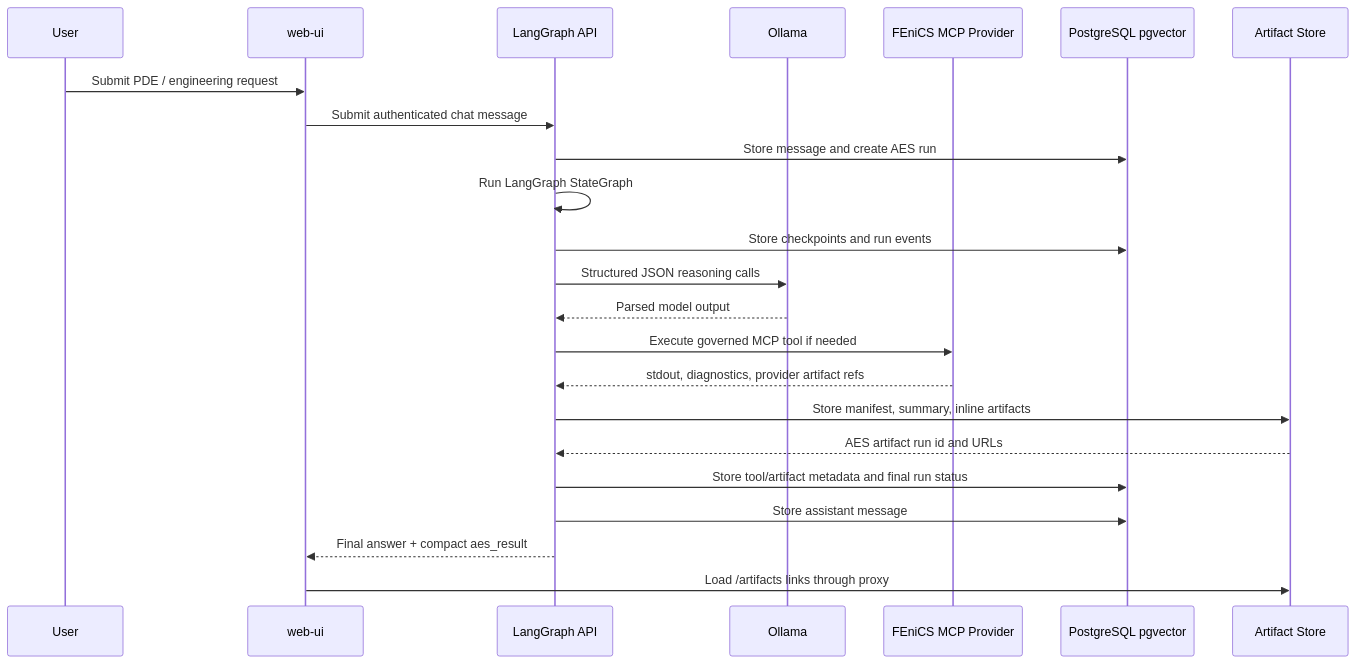
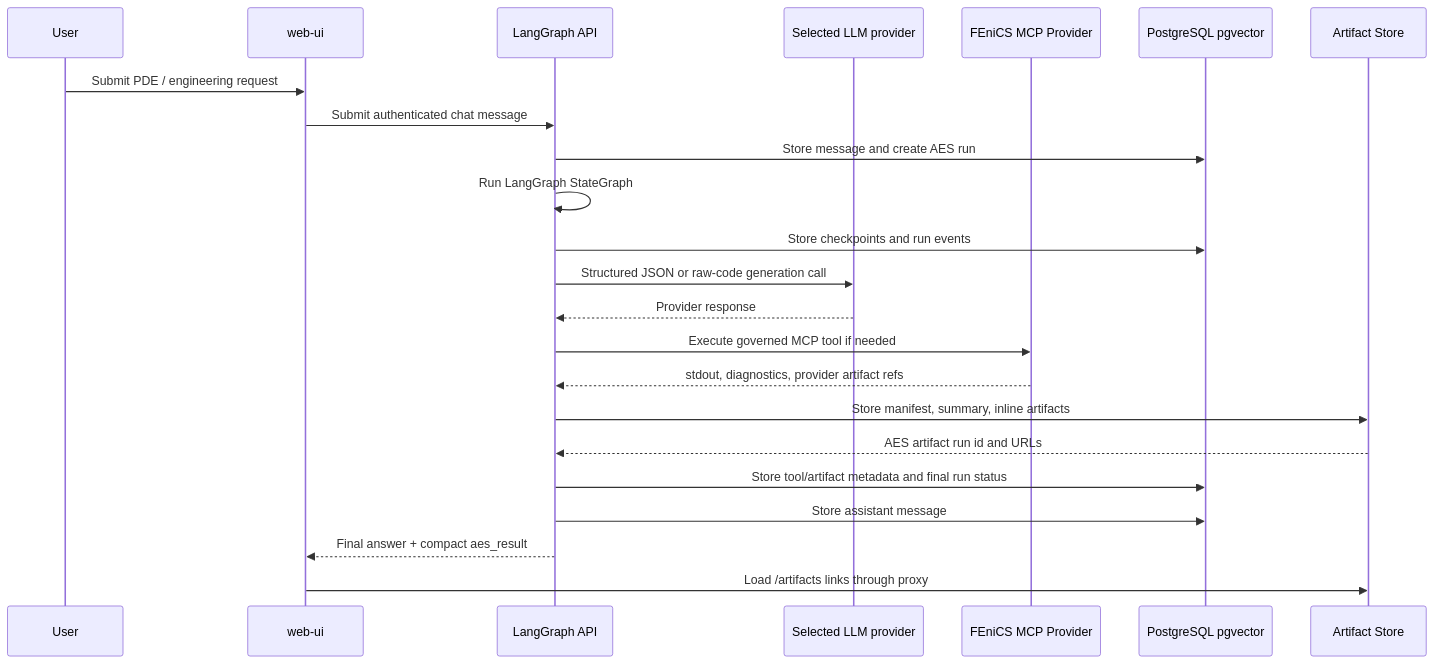
Before and after one commit to RadmirG/AES: the fourth of 10 diagrams in docs/architecture.md, drawn with Mermaid. The commit also changed other lines of this file and 26 other files, not shown here.

````diff
--- a/docs/architecture.md
+++ b/docs/architecture.md
@@ -103,26 +108,26 @@
 ```mermaid
 sequenceDiagram
     participant User
     participant UI as web-ui
     participant LG as LangGraph API
-    participant O as Ollama
+    participant Model as Selected LLM provider
     participant MCP as FEniCS MCP Provider
     participant DB as PostgreSQL pgvector
     participant Store as Artifact Store
 
     User->>UI: Submit PDE / engineering request
     UI->>LG: Submit authenticated chat message
     LG->>DB: Store message and create AES run
     LG->>LG: Run LangGraph StateGraph
     LG->>DB: Store checkpoints and run events
-    LG->>O: Structured JSON reasoning calls
-    O-->>LG: Parsed model output
+    LG->>Model: Structured JSON or raw-code generation call
+    Model-->>LG: Provider response
     LG->>MCP: Execute governed MCP tool if needed
     MCP-->>LG: stdout, diagnostics, provider artifact refs
     LG->>Store: Store manifest, summary, inline artifacts
     Store-->>LG: AES artifact run id and URLs
     LG->>DB: Store tool/artifact metadata and final run status
     LG->>DB: Store assistant message
     LG-->>UI: Final answer + compact aes_result
     UI->>Store: Load /artifacts links through proxy
 ```
````
